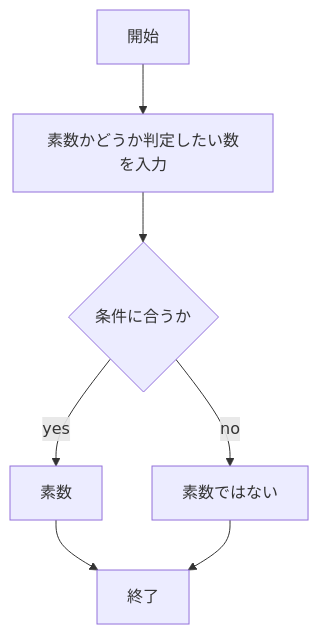
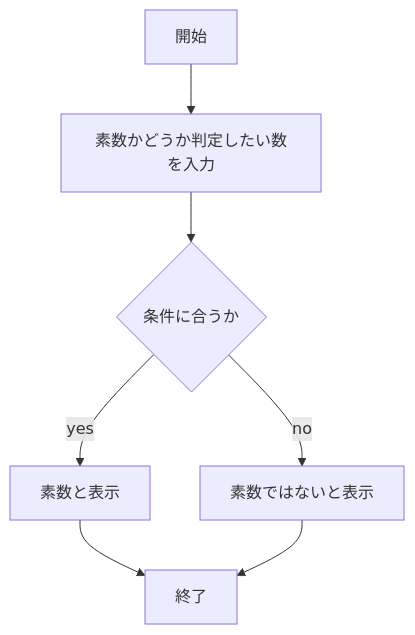
The second of 2 diagrams in README.md (iidaiidaiida/webpro_06), drawn with Mermaid before and after one commit. The commit also changed other lines of this file and 1 other file, not shown here.

````diff
--- a/README.md
+++ b/README.md
@@ -52,17 +158,17 @@
 ```mermaid
 flowchart TD;
 
 start["開始"];
 1["素数かどうか判定したい数を入力"];
 end1["終了"]
 if{"条件に合うか"}
-win["素数"]
-loose["素数ではない"]
+win["素数と表示"]
+loose["素数ではないと表示"]
 
 start --> 1
 1 --> if
 if -->|yes| win
 win --> end1
 if -->|no| loose
 loose --> end1
 ```
````
